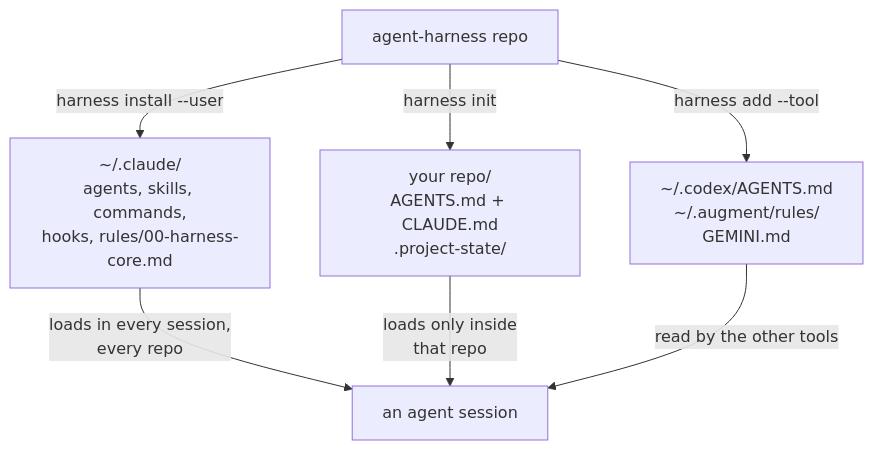
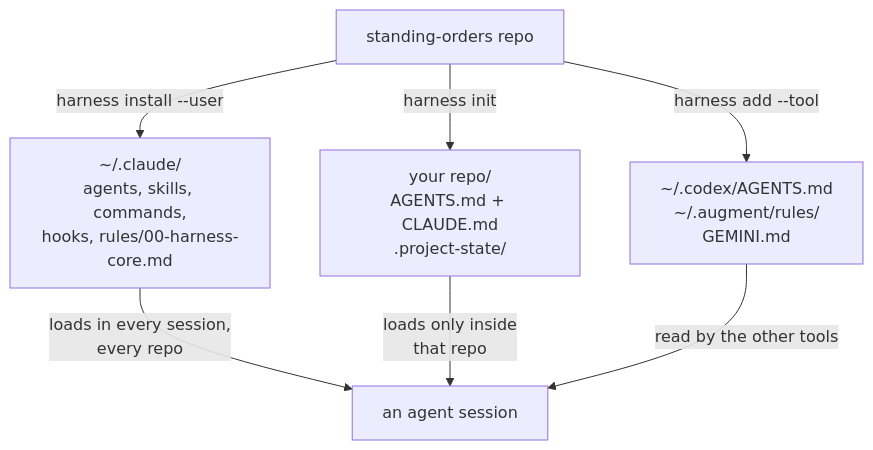
One commit to LCS-Adam/standing-orders changed the diagram in README.md. Above: the diagram before and after it, drawn with Mermaid. The commit also changed other lines of this file and 11 other files, not shown here.

First line of the commit message:
chore: rename the project to standing-orders

````diff
--- a/README.md
+++ b/README.md
@@ -112,11 +114,11 @@
 ```mermaid
 flowchart TD
-    R["agent-harness repo"]
+    R["standing-orders repo"]
     R -->|"harness install --user"| U["~/.claude/<br/>agents, skills, commands,<br/>hooks, rules/00-harness-core.md"]
     R -->|"harness init"| P["your repo/<br/>AGENTS.md + CLAUDE.md<br/>.project-state/"]
     R -->|"harness add --tool"| T["~/.codex/AGENTS.md<br/>~/.augment/rules/<br/>GEMINI.md"]
 
     U -->|loads in every session,<br/>every repo| S["an agent session"]
     P -->|loads only inside<br/>that repo| S
     T -->|read by the other tools| S
 ```
````
